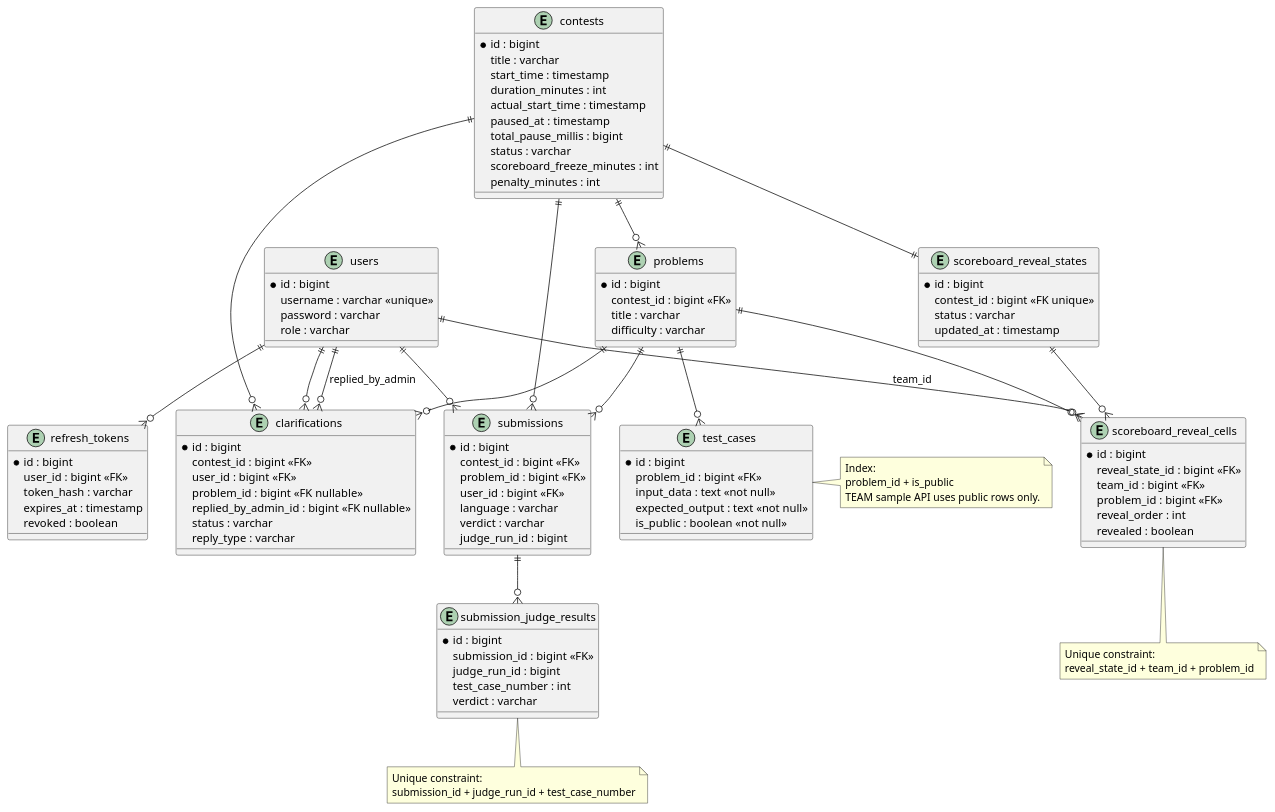
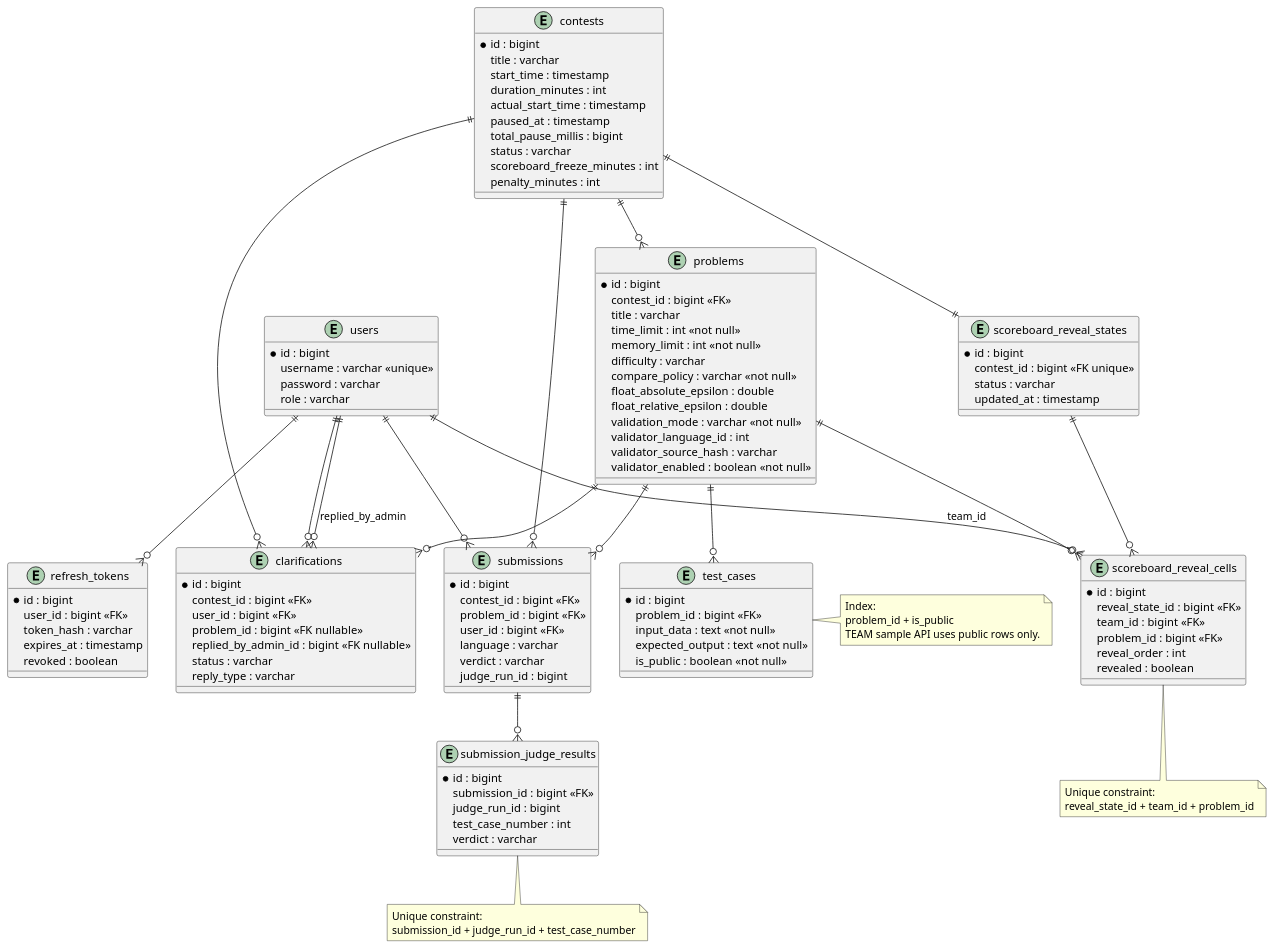
One commit to AuraC-graduate-project/AuraC2 changed diagram 17 of 17 in docs/report-rebuild/diagram-prompts.md. Above: the diagram before and after it, drawn with PlantUML. The commit also changed other lines of this file and 37 other files, not shown here.

```diff
--- a/docs/report-rebuild/diagram-prompts.md
+++ b/docs/report-rebuild/diagram-prompts.md
@@ -804,7 +847,16 @@
   * id : bigint
   contest_id : bigint <<FK>>
   title : varchar
+  time_limit : int <<not null>>
+  memory_limit : int <<not null>>
   difficulty : varchar
+  compare_policy : varchar <<not null>>
+  float_absolute_epsilon : double
+  float_relative_epsilon : double
+  validation_mode : varchar <<not null>>
+  validator_language_id : int
+  validator_source_hash : varchar
+  validator_enabled : boolean <<not null>>
 }
 entity test_cases {
   * id : bigint
```
